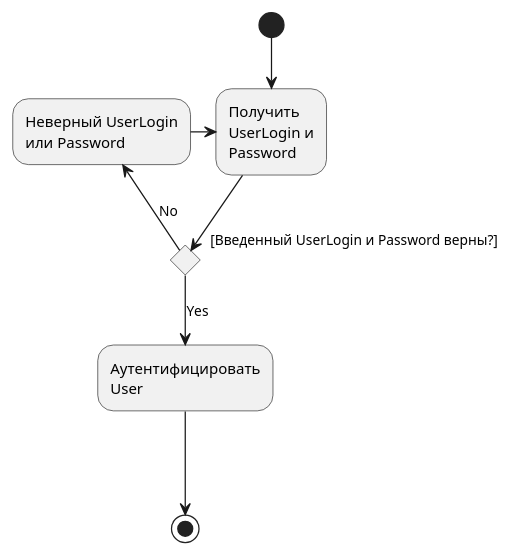
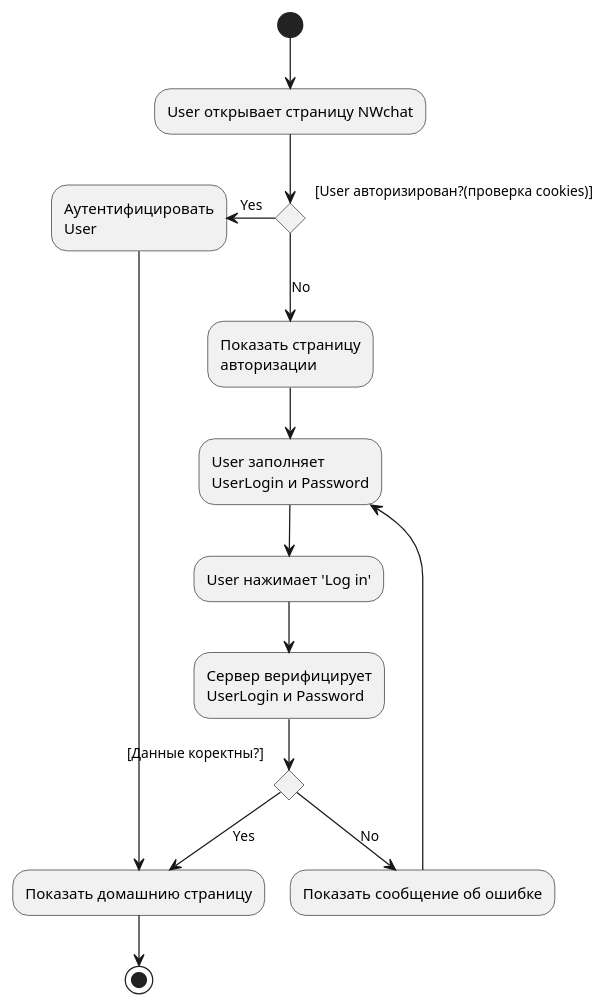
One commit to Pahoomich/nwchat changed the diagram in UML/activity/login_activity.puml. Above: the diagram before and after it, drawn with PlantUML.

Commit message:
change activity login

```diff
--- a/UML/activity/login_activity.puml
+++ b/UML/activity/login_activity.puml
@@ -1,15 +1,23 @@
 @startuml
 
-(*) --> "Получить
-         UserLogin и
-         Password" as init
-if "[Введенный UserLogin и Password верны?]" then
-  -->[Yes] "Аутентифицировать
+(*) --> "User открывает страницу NWchat" as init
+if "[User авторизирован?(проверка cookies)]" then
+  -left->[Yes] "Аутентифицировать
                            User"
-  ---> (*)
+  --> "Показать домашнию страницу" as home
+  --> (*)
   else
-  -->[No] "Неверный UserLogin
-   или Password"
-  -> init
+    -->[No] "Показать страницу
+    авторизации"
+   --> "User заполняет
+    UserLogin и Password" as fills
+   --> "User нажимает 'Log in'"
+   --> "Сервер верифицирует
+    UserLogin и Password"
+   if "[Данные коректны?]" then
+    -->[Yes] home
+   else
+    -->[No] "Показать сообщение об ошибке"
+    -->fills
 endif
 @enduml
```
